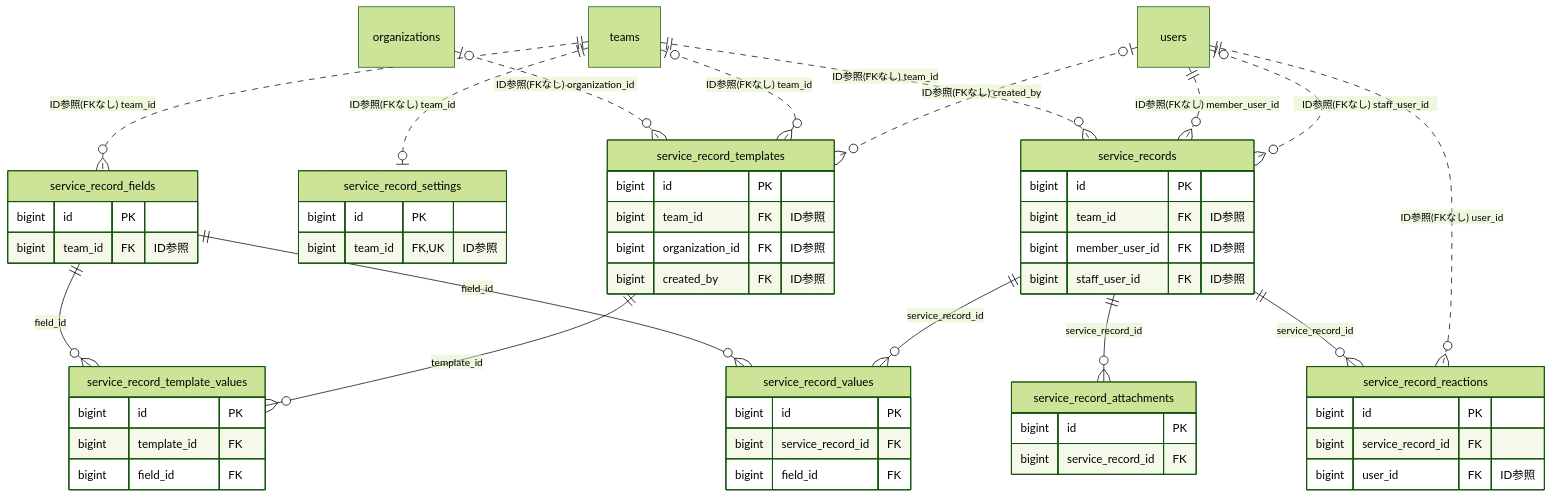
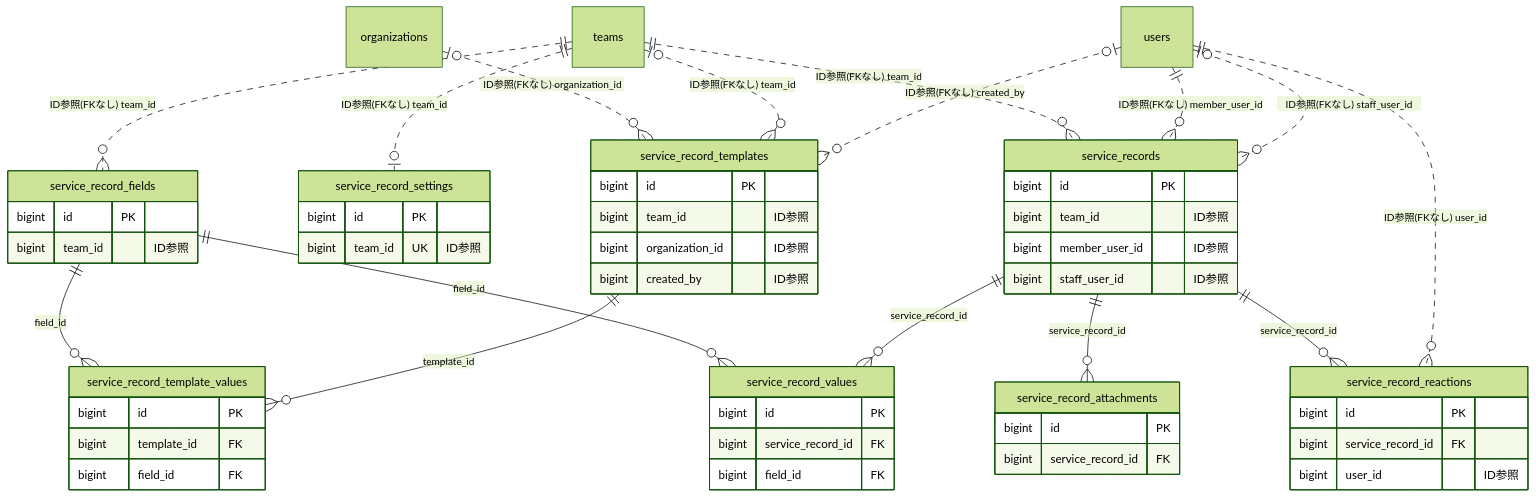
Before and after one commit to kenta-0420/mannschaft: the diagram in docs/architecture/er/service.md, drawn with Mermaid (forest theme). The commit also changed other lines of this file and 115 other files, not shown here.

Commit message:
改善: ER図のFKマーカーを実FKのみに限定し、被参照の逆引き節とREADME凡例を追加 (PR #4268)

````diff
--- a/docs/architecture/er/service.md
+++ b/docs/architecture/er/service.md
@@ -12,60 +12,60 @@
 ```mermaid
 erDiagram
     service_record_attachments {
         bigint id PK
         bigint service_record_id FK
     }
     service_record_fields {
         bigint id PK
-        bigint team_id FK "ID参照"
+        bigint team_id "ID参照"
     }
     service_record_reactions {
         bigint id PK
         bigint service_record_id FK
-        bigint user_id FK "ID参照"
+        bigint user_id "ID参照"
     }
     service_record_settings {
         bigint id PK
-        bigint team_id FK, UK "ID参照"
+        bigint team_id UK "ID参照"
     }
     service_record_template_values {
         bigint id PK
         bigint template_id FK
         bigint field_id FK
     }
     service_record_templates {
         bigint id PK
-        bigint team_id FK "ID参照"
-        bigint organization_id FK "ID参照"
-        bigint created_by FK "ID参照"
+        bigint team_id "ID参照"
+        bigint organization_id "ID参照"
+        bigint created_by "ID参照"
     }
     service_record_values {
         bigint id PK
         bigint service_record_id FK
         bigint field_id FK
     }
     service_records {
         bigint id PK
-        bigint team_id FK "ID参照"
-        bigint member_user_id FK "ID参照"
-        bigint staff_user_id FK "ID参照"
+        bigint team_id "ID参照"
+        bigint member_user_id "ID参照"
+        bigint staff_user_id "ID参照"
     }
     organizations
     teams
     users
     service_records ||--o{ service_record_attachments : "service_record_id"
     teams ||..o{ service_record_fields : "ID参照(FKなし) team_id"
     service_records ||--o{ service_record_reactions : "service_record_id"
     users ||..o{ service_record_reactions : "ID参照(FKなし) user_id"
     teams ||..o| service_record_settings : "ID参照(FKなし) team_id"
     service_record_fields ||--o{ service_record_template_values : "field_id"
     service_record_templates ||--o{ service_record_template_values : "template_id"
     organizations |o..o{ service_record_templates : "ID参照(FKなし) organization_id"
     teams |o..o{ service_record_templates : "ID参照(FKなし) team_id"
     users |o..o{ service_record_templates : "ID参照(FKなし) created_by"
     service_record_fields ||--o{ service_record_values : "field_id"
     service_records ||--o{ service_record_values : "service_record_id"
     teams ||..o{ service_records : "ID参照(FKなし) team_id"
     users ||..o{ service_records : "ID参照(FKなし) member_user_id"
     users |o..o{ service_records : "ID参照(FKなし) staff_user_id"
 ```
````
